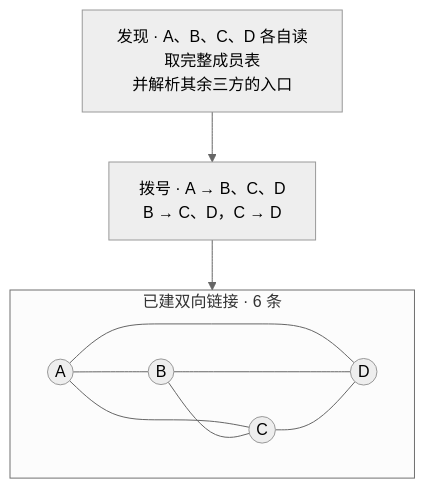
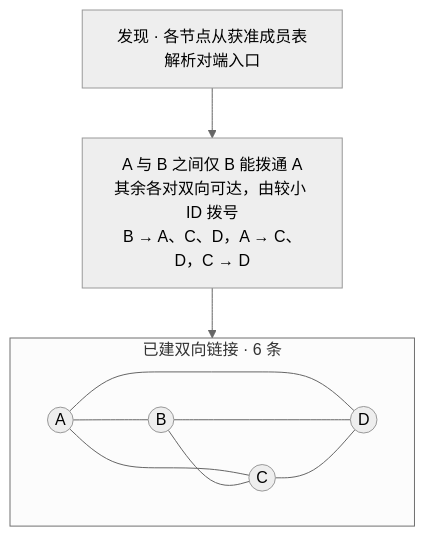
One commit to arcships/rutis-network changed the sixth of 9 diagrams in docs/research/network-groups.md. Above: the diagram before and after it, drawn with Mermaid (neutral theme). The commit also changed other lines of this file and 1 other file, not shown here.

Commit message:
docs(research): clarify mesh dial ownership and neighbor limits

````diff
--- a/docs/research/network-groups.md
+++ b/docs/research/network-groups.md
@@ -172,14 +174,14 @@
 ```mermaid
 flowchart TB
-    source["发现 · A、B、C、D 各自读取完整成员表<br/>并解析其余三方的入口"] --> dial["拨号 · A → B、C、D<br/>B → C、D，C → D"]
+    source["发现 · 各节点从获准成员表解析对端入口"] --> dial["A 与 B 之间仅 B 能拨通 A<br/>其余各对双向可达，由较小 ID 拨号<br/>B → A、C、D，A → C、D，C → D"]
     dial --> links
     subgraph links["已建双向链接 · 6 条"]
         direction LR
         A((A)) --- B((B))
         A --- C((C))
         A --- D((D))
         B --- C
         B --- D
         C --- D
     end
 ```
````
